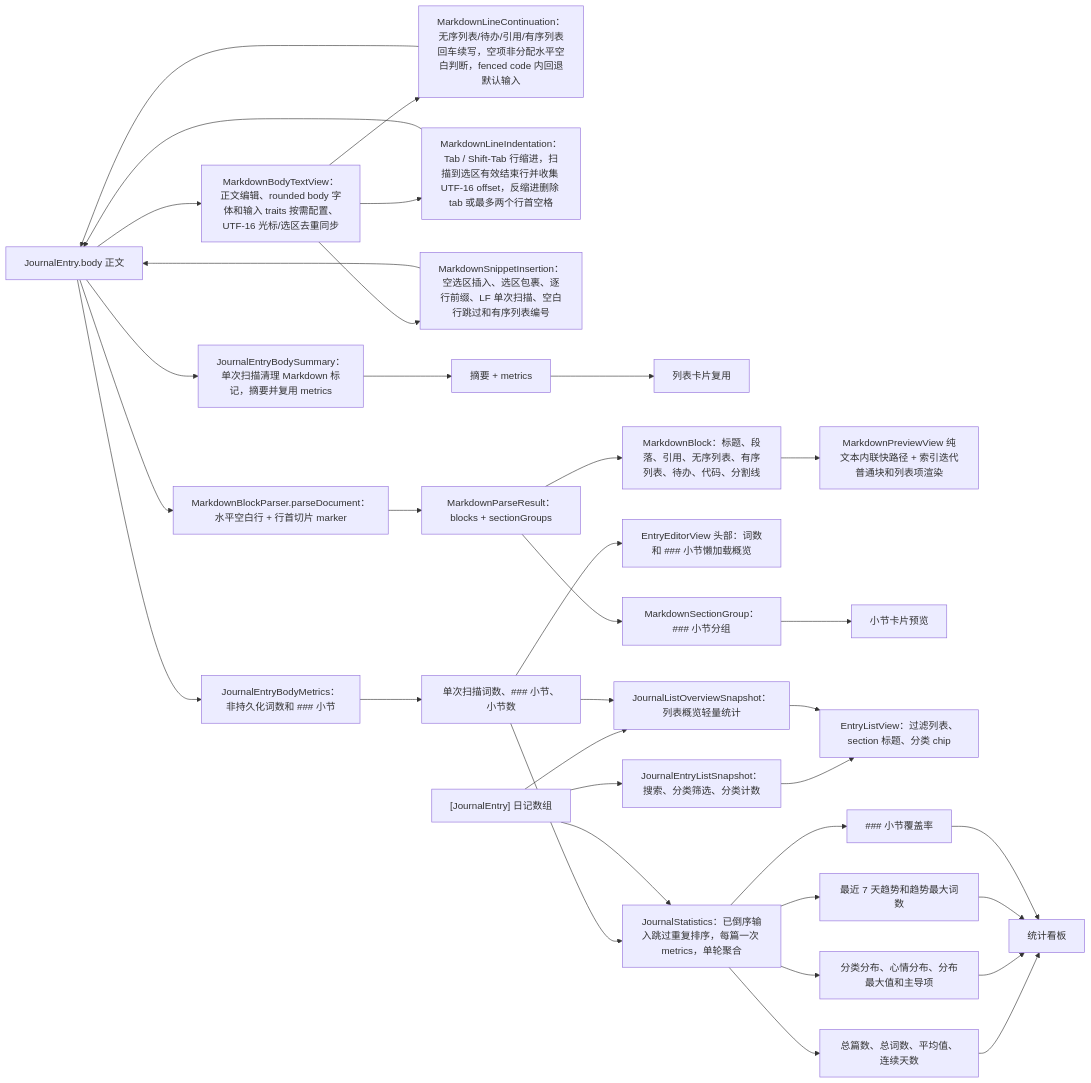
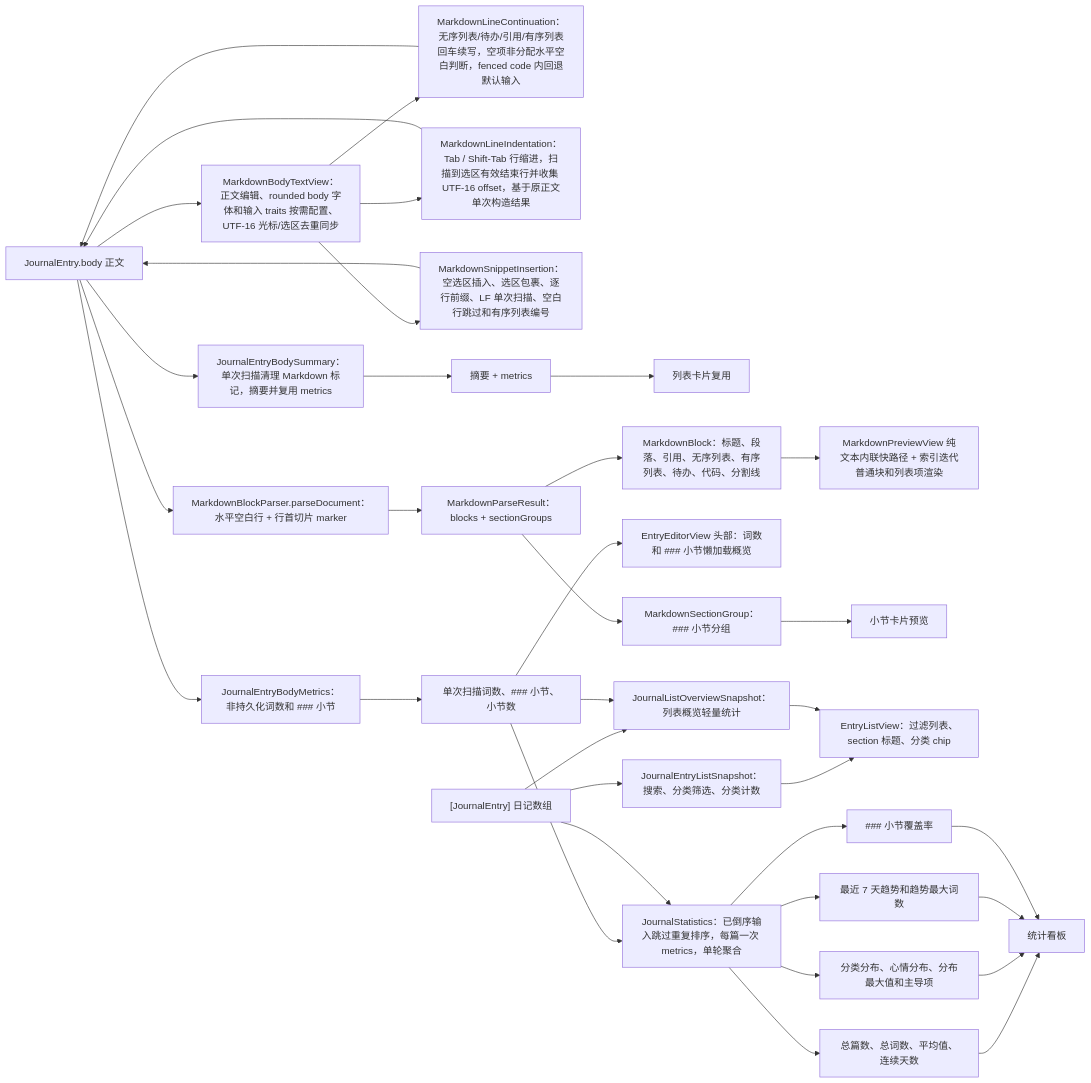
The fourth of 6 diagrams in md/flow/flowchart.md (Altman-sam114/117), drawn with Mermaid before and after one commit. The commit also changed other lines of this file and 8 other files, not shown here.

````diff
--- a/md/flow/flowchart.md
+++ b/md/flow/flowchart.md
@@ -123,37 +123,37 @@
 ```mermaid
 flowchart LR
   Body["JournalEntry.body 正文"] --> MetricsNode2["JournalEntryBodyMetrics：非持久化词数和 ### 小节"]
   Body --> Summary["JournalEntryBodySummary：单次扫描清理 Markdown 标记，摘要并复用 metrics"]
   Body --> BodyText["MarkdownBodyTextView：正文编辑、rounded body 字体和输入 traits 按需配置、UTF-16 光标/选区去重同步"]
   BodyText --> ContinueRule["MarkdownLineContinuation：无序列表/待办/引用/有序列表回车续写，空项非分配水平空白判断，fenced code 内回退默认输入"]
   ContinueRule --> Body
-  BodyText --> IndentRule["MarkdownLineIndentation：Tab / Shift-Tab 行缩进，扫描到选区有效结束行并收集 UTF-16 offset，反缩进删除 tab 或最多两个行首空格"]
+  BodyText --> IndentRule["MarkdownLineIndentation：Tab / Shift-Tab 行缩进，扫描到选区有效结束行并收集 UTF-16 offset，基于原正文单次构造结果"]
   IndentRule --> Body
   BodyText --> InsertRule["MarkdownSnippetInsertion：空选区插入、选区包裹、逐行前缀、LF 单次扫描、空白行跳过和有序列表编号"]
   InsertRule --> Body
   MetricsNode2 --> MetricsData["单次扫描词数、### 小节、小节数"]
   Summary --> Excerpt["摘要 + metrics"]
   Excerpt --> RowEditor["列表卡片复用"]
   MetricsData --> Statistics["JournalStatistics：已倒序输入跳过重复排序，每篇一次 metrics，单轮聚合"]
   MetricsData --> EditorHeader["EntryEditorView 头部：词数和 ### 小节懒加载概览"]
   Body --> Parse["MarkdownBlockParser.parseDocument：水平空白行 + 行首切片 marker"]
   Parse --> Result["MarkdownParseResult：blocks + sectionGroups"]
   Result --> Blocks["MarkdownBlock：标题、段落、引用、无序列表、有序列表、待办、代码、分割线"]
   Blocks --> Preview["MarkdownPreviewView 纯文本内联快路径 + 索引迭代普通块和列表项渲染"]
   Result --> Sections["MarkdownSectionGroup：### 小节分组"]
   Sections --> SectionPreview["小节卡片预览"]
   Entries["[JournalEntry] 日记数组"] --> Statistics
   Entries --> ListSnapshot2["JournalEntryListSnapshot：搜索、分类筛选、分类计数"]
   ListSnapshot2 --> ListView["EntryListView：过滤列表、section 标题、分类 chip"]
   Entries --> ListOverview2["JournalListOverviewSnapshot：列表概览轻量统计"]
   MetricsData --> ListOverview2
   ListOverview2 --> ListView
   Statistics --> Metrics["总篇数、总词数、平均值、连续天数"]
   Statistics --> Distributions["分类分布、心情分布、分布最大值和主导项"]
   Statistics --> Trend["最近 7 天趋势和趋势最大词数"]
   Statistics --> Coverage["### 小节覆盖率"]
   Metrics --> Dashboard["统计看板"]
   Distributions --> Dashboard
   Trend --> Dashboard
   Coverage --> Dashboard
 ```
````
